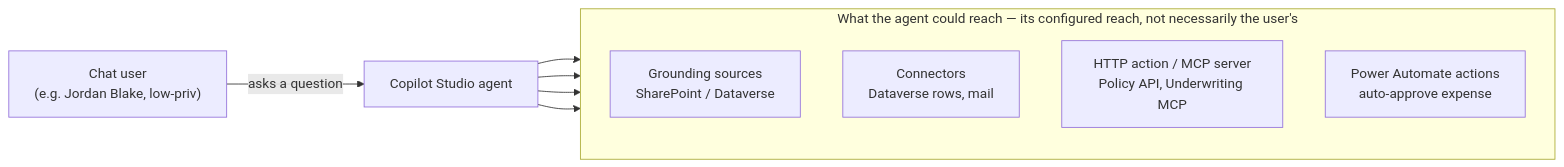
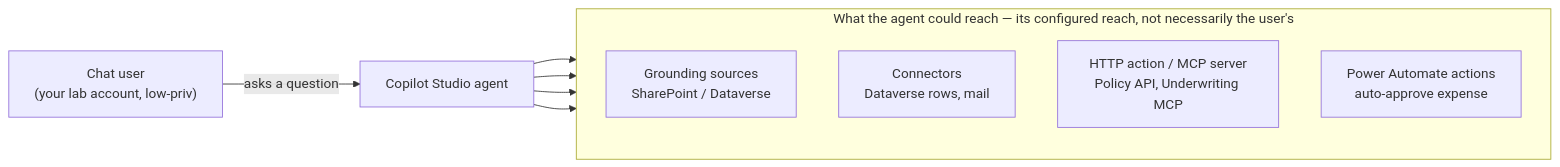
One commit to solliancenet/copilot-studio-shadow-agents-workshop changed the diagram in docs/04_break_the_agents/04_break_the_agents.md. Above: the diagram before and after it, drawn with Mermaid. The commit also changed 6 other files, not shown here.

````diff
--- a/docs/04_break_the_agents/04_break_the_agents.md
+++ b/docs/04_break_the_agents/04_break_the_agents.md
@@ -43,15 +43,15 @@
 ```mermaid
 flowchart LR
-  U["Chat user<br/>(e.g. Jordan Blake, low-priv)"] -->|asks a question| A["Copilot Studio agent"]
+  U["Chat user<br/>(your lab account, low-priv)"] -->|asks a question| A["Copilot Studio agent"]
   subgraph reach["What the agent could reach — its configured reach, not necessarily the user's"]
     direction TB
     G["Grounding sources<br/>SharePoint / Dataverse"]
     C["Connectors<br/>Dataverse rows, mail"]
     H["HTTP action / MCP server<br/>Policy API, Underwriting MCP"]
     P["Power Automate actions<br/>auto-approve expense"]
   end
   A --> G
   A --> C
   A --> H
   A --> P
 ```
````
